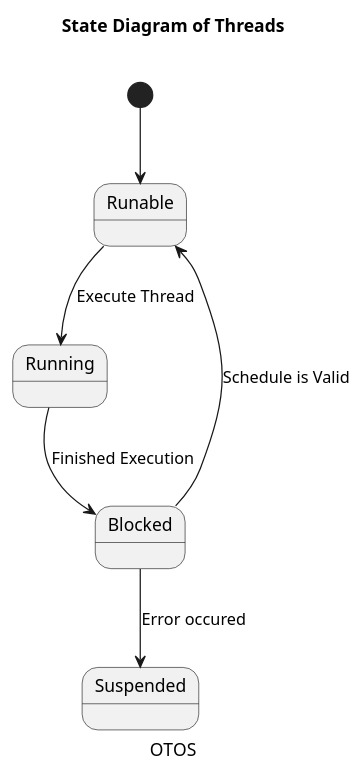
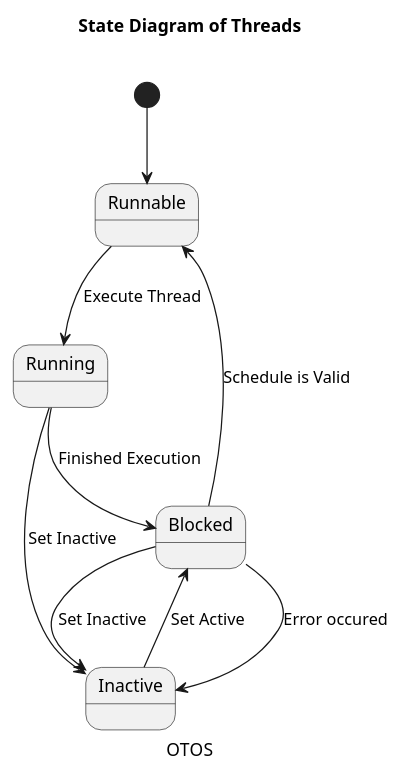
Before and after one commit to SebastianOberschwendtner/OTOS: the diagram in doc/UML/STA_Thread.puml, drawn with PlantUML. The commit also changed 2 other files, not shown here.

```diff
--- a/doc/UML/STA_Thread.puml
+++ b/doc/UML/STA_Thread.puml
@@ -1,11 +1,14 @@
 @startuml STA_Thread
 title State Diagram of Threads\n
 caption OTOS
 
-[*] --> Runable
-Runable --> Running: Execute Thread
+[*] --> Runnable
+Runnable --> Running: Execute Thread
 Running --> Blocked: Finished Execution
-Blocked --> Runable: Schedule is Valid
-Blocked --> Suspended: Error occured
+Blocked --> Runnable: Schedule is Valid
+Blocked --> Inactive: Error occured
+Blocked --> Inactive: Set Inactive
+Running --> Inactive: Set Inactive
+Inactive --> Blocked: Set Active
 
 @enduml
```
